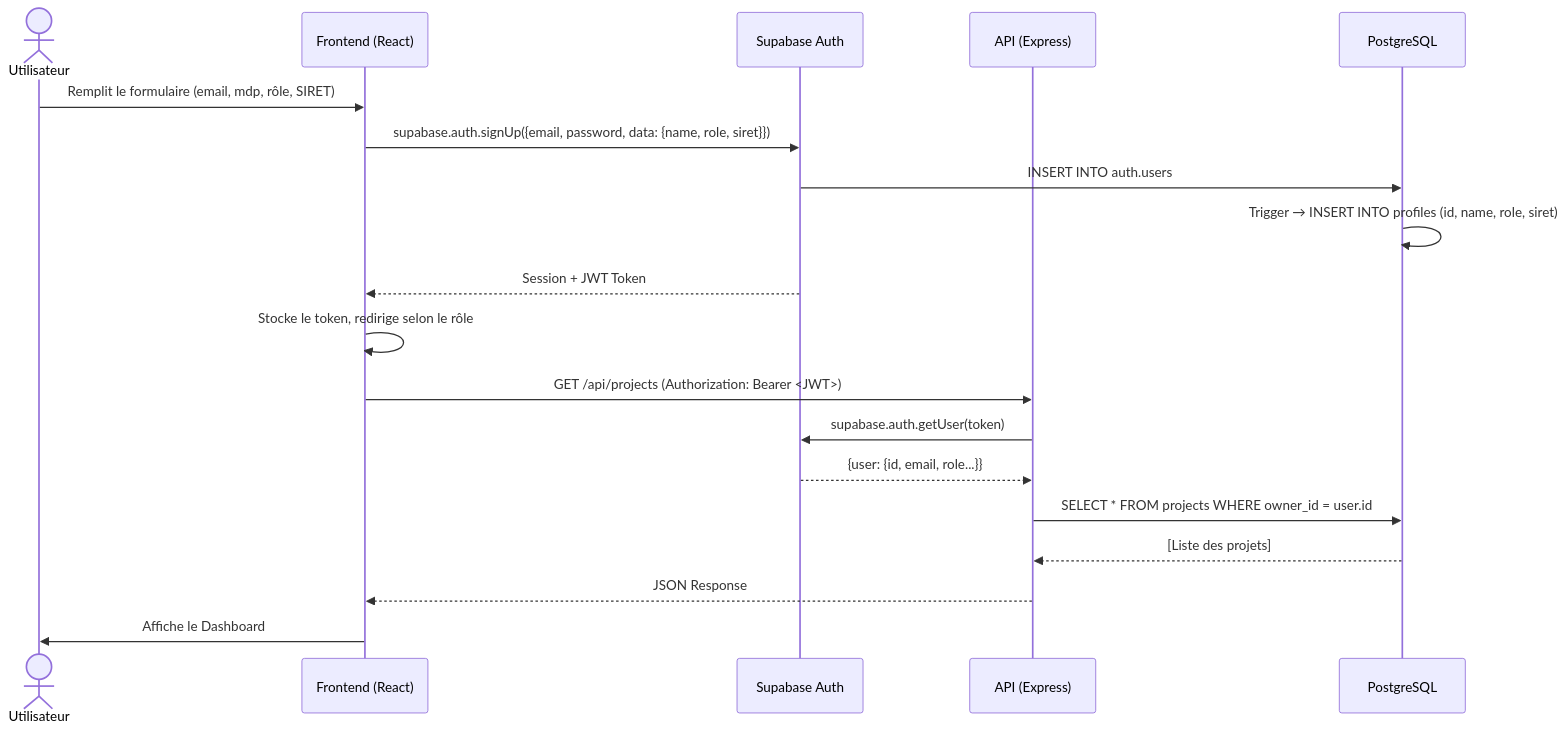
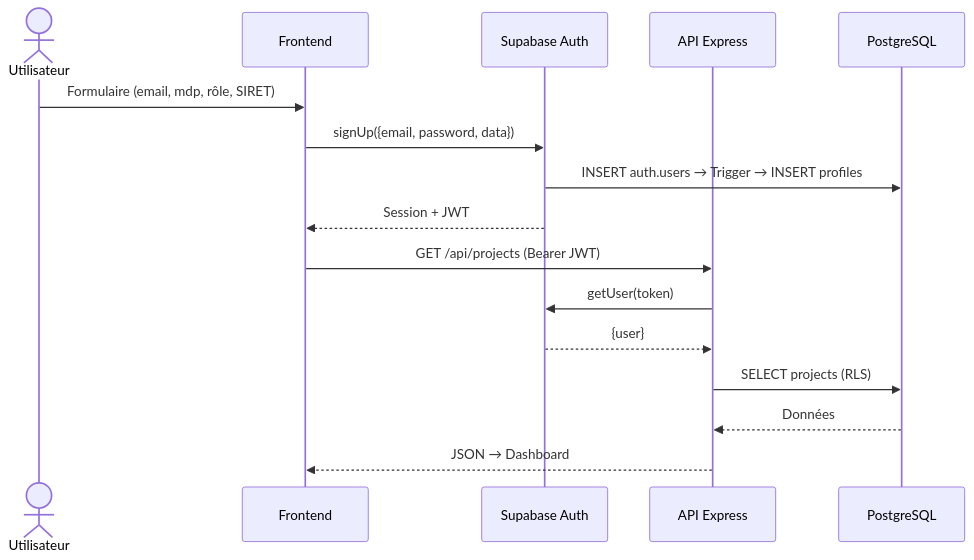
One commit to flavienderoy/myvisuals-back changed the fourth of 7 diagrams in docs/RNCP_Bloc2/dossier_technique.md. Above: the diagram before and after it, drawn with Mermaid. The commit also changed other lines of this file and 1 other file, not shown here.

````diff
--- a/docs/RNCP_Bloc2/dossier_technique.md
+++ b/docs/RNCP_Bloc2/dossier_technique.md
@@ -578,22 +466,19 @@
 ```mermaid
 sequenceDiagram
     actor U as Utilisateur
-    participant F as Frontend (React)
+    participant F as Frontend
     participant S as Supabase Auth
-    participant A as API (Express)
+    participant A as API Express
     participant DB as PostgreSQL
 
-    U->>F: Remplit le formulaire (email, mdp, rôle, SIRET)
-    F->>S: supabase.auth.signUp({email, password, data: {name, role, siret}})
-    S->>DB: INSERT INTO auth.users
-    DB->>DB: Trigger → INSERT INTO profiles (id, name, role, siret)
-    S-->>F: Session + JWT Token
-    F->>F: Stocke le token, redirige selon le rôle
-    F->>A: GET /api/projects (Authorization: Bearer <JWT>)
-    A->>S: supabase.auth.getUser(token)
-    S-->>A: {user: {id, email, role...}}
-    A->>DB: SELECT * FROM projects WHERE owner_id = user.id
-    DB-->>A: [Liste des projets]
-    A-->>F: JSON Response
-    F->>U: Affiche le Dashboard
+    U->>F: Formulaire (email, mdp, rôle, SIRET)
+    F->>S: signUp({email, password, data})
+    S->>DB: INSERT auth.users → Trigger → INSERT profiles
+    S-->>F: Session + JWT
+    F->>A: GET /api/projects (Bearer JWT)
+    A->>S: getUser(token)
+    S-->>A: {user}
+    A->>DB: SELECT projects (RLS)
+    DB-->>A: Données
+    A-->>F: JSON → Dashboard
 ```
````
